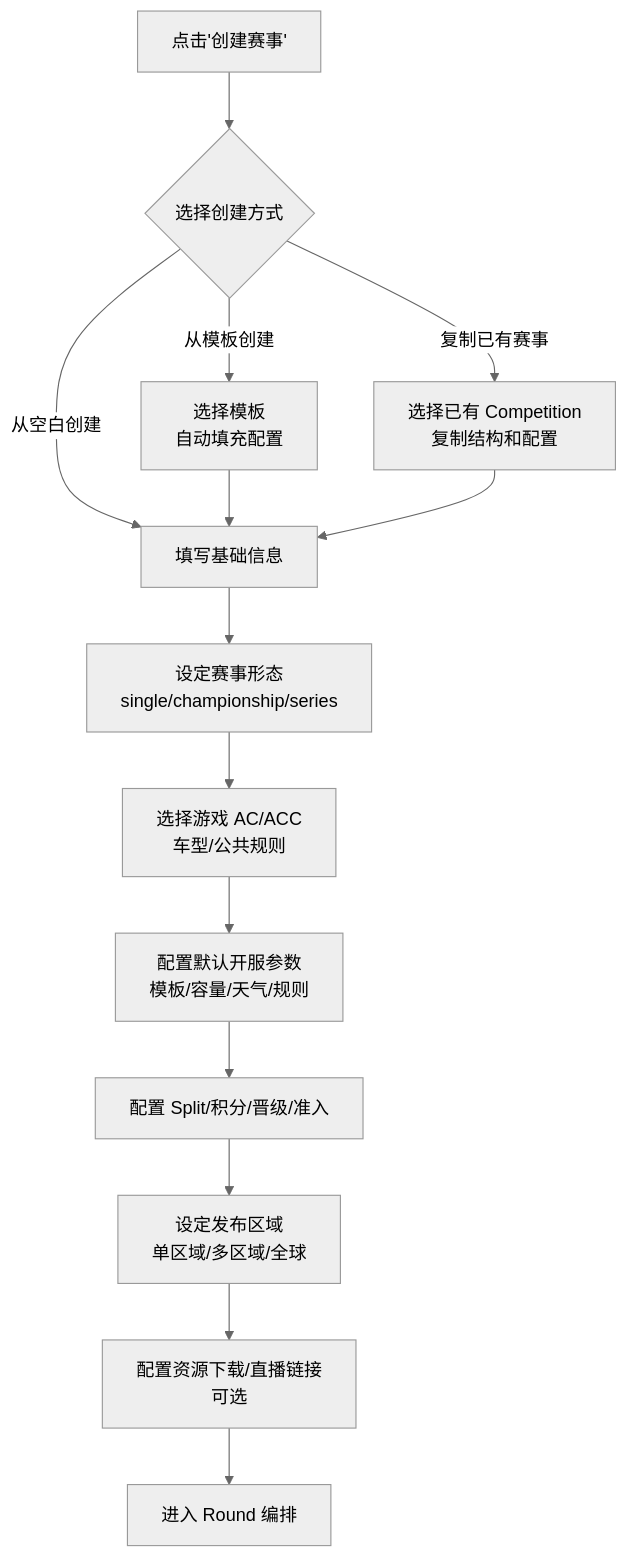
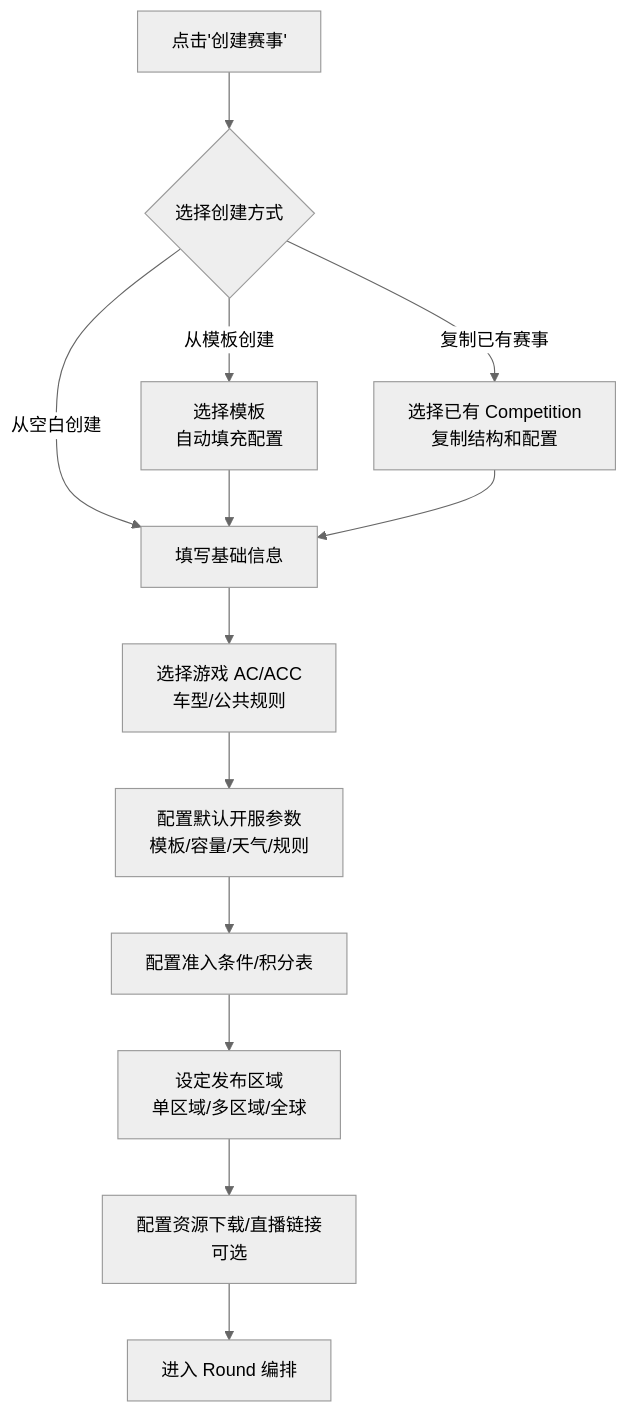
One commit to SagaLinZP/Racing-Arcade changed the fifth of 13 diagrams in PRD.md. Above: the diagram before and after it, drawn with Mermaid (neutral theme). The commit also changed other lines of this file and 62 other files, not shown here.

````diff
--- a/PRD.md
+++ b/PRD.md
@@ -744,19 +810,18 @@
 ```mermaid
 flowchart TD
     A[点击'创建赛事'] --> B{选择创建方式}
 
     B -->|从空白创建| C[填写基础信息]
     B -->|从模板创建| C1[选择模板<br/>自动填充配置]
     B -->|复制已有赛事| C2[选择已有 Competition<br/>复制结构和配置]
 
     C1 --> C
     C2 --> C
 
-    C --> D[设定赛事形态<br/>single/championship/series]
-    D --> E[选择游戏 AC/ACC<br/>车型/公共规则]
-    E --> E1[配置默认开服参数<br/>模板/容量/天气/规则]
-    E1 --> F[配置 Split/积分/晋级/准入]
+    C --> D[选择游戏 AC/ACC<br/>车型/公共规则]
+    D --> E[配置默认开服参数<br/>模板/容量/天气/规则]
+    E --> F[配置准入条件/积分表]
     F --> G[设定发布区域<br/>单区域/多区域/全球]
     G --> H[配置资源下载/直播链接<br/>可选]
     H --> I[进入 Round 编排]
 ```
````
